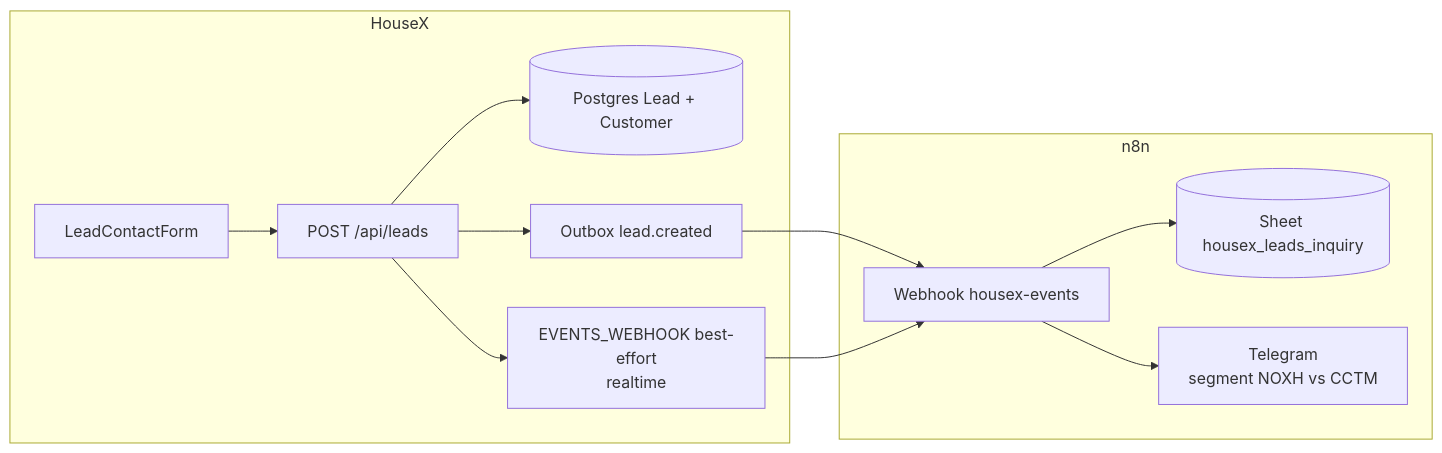
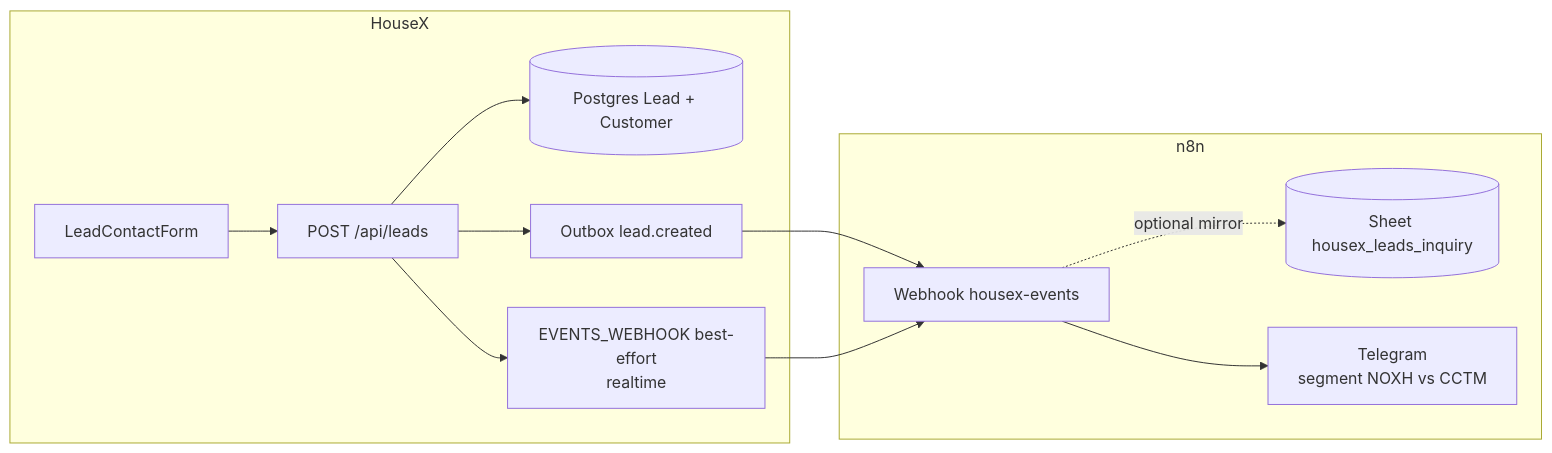
Before and after one commit to VMD-Hub/Magnix-automation: the first of 4 diagrams in n8n-workflows/HOUSEX_NOXH_LEAD_ROUTING.md, drawn with Mermaid. The commit also changed other lines of this file and 83 other files, not shown here.

````diff
--- a/n8n-workflows/HOUSEX_NOXH_LEAD_ROUTING.md
+++ b/n8n-workflows/HOUSEX_NOXH_LEAD_ROUTING.md
@@ -21,16 +27,16 @@
 ```mermaid
 flowchart LR
   subgraph HouseX
     F[LeadContactForm] --> API[POST /api/leads]
     API --> PG[(Postgres Lead + Customer)]
     API --> OB[Outbox lead.created]
     API --> RT[EVENTS_WEBHOOK best-effort\nrealtime]
   end
 
   subgraph n8n
     OB --> WH[Webhook housex-events]
     RT --> WH
-    WH --> INQ[(Sheet housex_leads_inquiry)]
+    WH -. optional mirror .-> INQ[(Sheet housex_leads_inquiry)]
     WH --> TG[Telegram\nsegment NOXH vs CCTM]
   end
 ```
````
